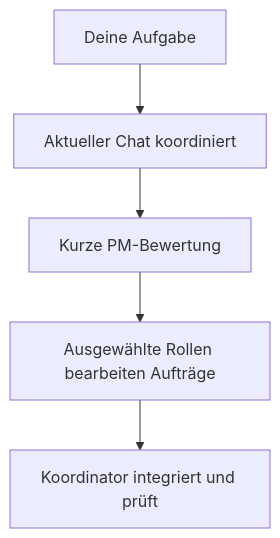
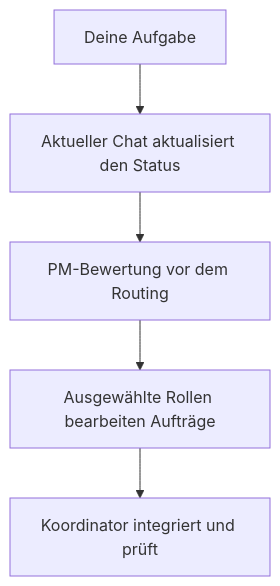
One commit to pnetcloud/plex-ai changed the diagram in docs/translations/de/README.md. Above: the diagram before and after it, drawn with Mermaid. The commit also changed other lines of this file and 45 other files, not shown here.

````diff
--- a/docs/translations/de/README.md
+++ b/docs/translations/de/README.md
@@ -54,7 +54,7 @@
 ```mermaid
 flowchart TD
-    A[Deine Aufgabe] --> B[Aktueller Chat koordiniert]
-    B --> P[Kurze PM-Bewertung]
+    A[Deine Aufgabe] --> B[Aktueller Chat aktualisiert den Status]
+    B --> P[PM-Bewertung vor dem Routing]
     P --> C[Ausgewählte Rollen bearbeiten Aufträge]
     C --> D[Koordinator integriert und prüft]
 ```
````
